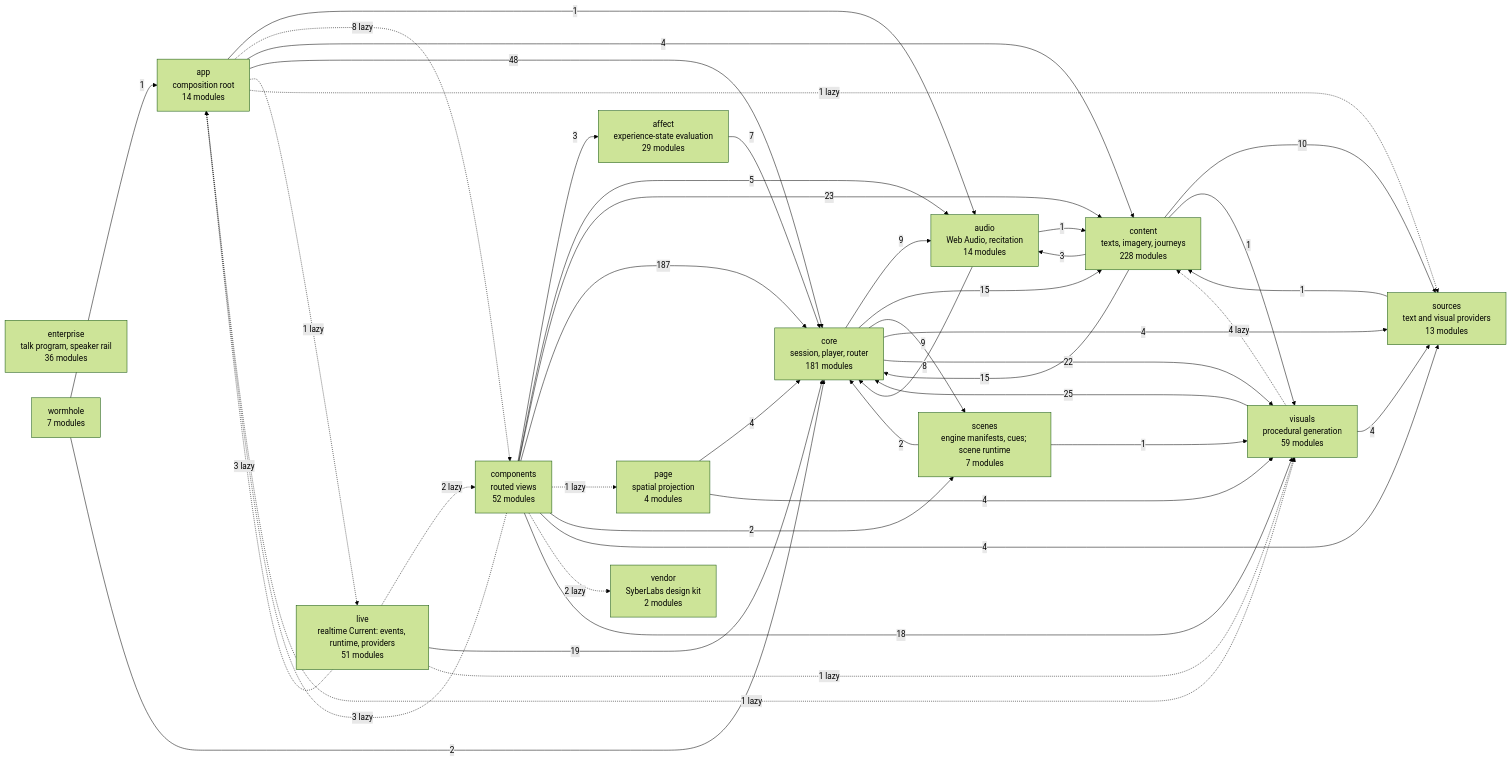
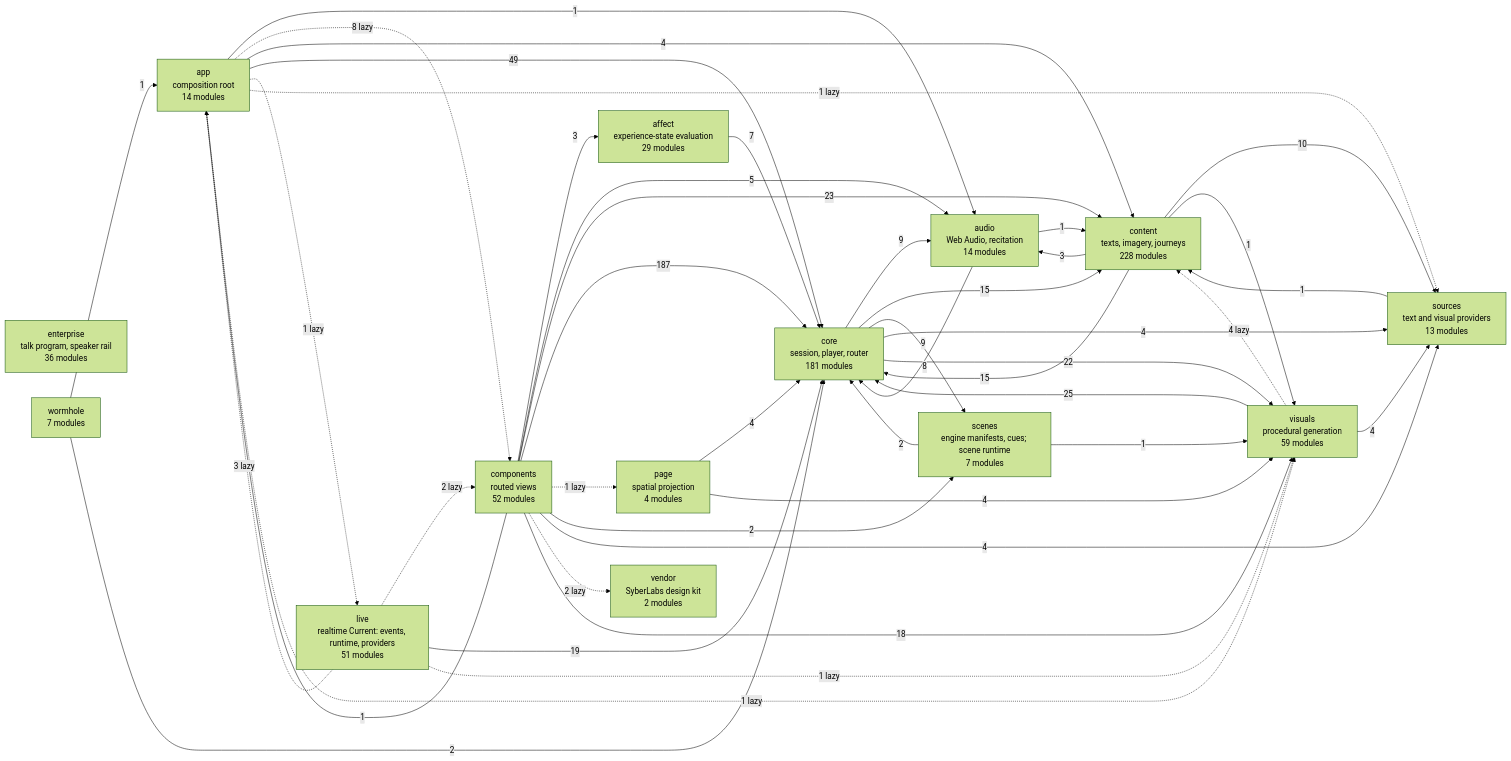
Before and after one commit to SyberLabs/RISE: the diagram in docs/specs/ARCHITECTURE.md, drawn with Mermaid (forest theme). The commit also changed 10 other files, not shown here.

````diff
--- a/docs/specs/ARCHITECTURE.md
+++ b/docs/specs/ARCHITECTURE.md
@@ -156,61 +156,61 @@
 ```mermaid
 flowchart LR
     affect["affect<br/>experience-state evaluation<br/>29 modules"]
     app["app<br/>composition root<br/>14 modules"]
     audio["audio<br/>Web Audio, recitation<br/>14 modules"]
     components["components<br/>routed views<br/>52 modules"]
     content["content<br/>texts, imagery, journeys<br/>228 modules"]
     core["core<br/>session, player, router<br/>181 modules"]
     enterprise["enterprise<br/>talk program, speaker rail<br/>36 modules"]
     live["live<br/>realtime Current: events, runtime, providers<br/>51 modules"]
     page["page<br/>spatial projection<br/>4 modules"]
     scenes["scenes<br/>engine manifests, cues; scene runtime<br/>7 modules"]
     sources["sources<br/>text and visual providers<br/>13 modules"]
     vendor["vendor<br/>SyberLabs design kit<br/>2 modules"]
     visuals["visuals<br/>procedural generation<br/>59 modules"]
     wormhole["wormhole<br/>7 modules"]
 
     affect --> |7| core
     app --> |1| audio
     app -.-> |8 lazy| components
     app --> |4| content
-    app --> |48| core
+    app --> |49| core
     app -.-> |1 lazy| live
     app -.-> |1 lazy| sources
     app -.-> |1 lazy| visuals
     audio --> |1| content
     audio --> |8| core
     components --> |3| affect
-    components -.-> |3 lazy| app
+    components --> |1| app
     components --> |5| audio
     components --> |23| content
     components --> |187| core
     components -.-> |1 lazy| page
     components --> |2| scenes
     components --> |4| sources
     components -.-> |2 lazy| vendor
     components --> |18| visuals
     content --> |3| audio
     content --> |15| core
     content --> |10| sources
     content --> |1| visuals
     core --> |9| audio
     core --> |15| content
     core --> |9| scenes
     core --> |4| sources
     core --> |22| visuals
     live -.-> |3 lazy| app
     live -.-> |2 lazy| components
     live --> |19| core
     live -.-> |1 lazy| visuals
     page --> |4| core
     page --> |4| visuals
     scenes --> |2| core
     scenes --> |1| visuals
     sources --> |1| content
     visuals -.-> |4 lazy| content
     visuals --> |25| core
     visuals --> |4| sources
     wormhole --> |1| app
     wormhole --> |2| core
 ```
````
